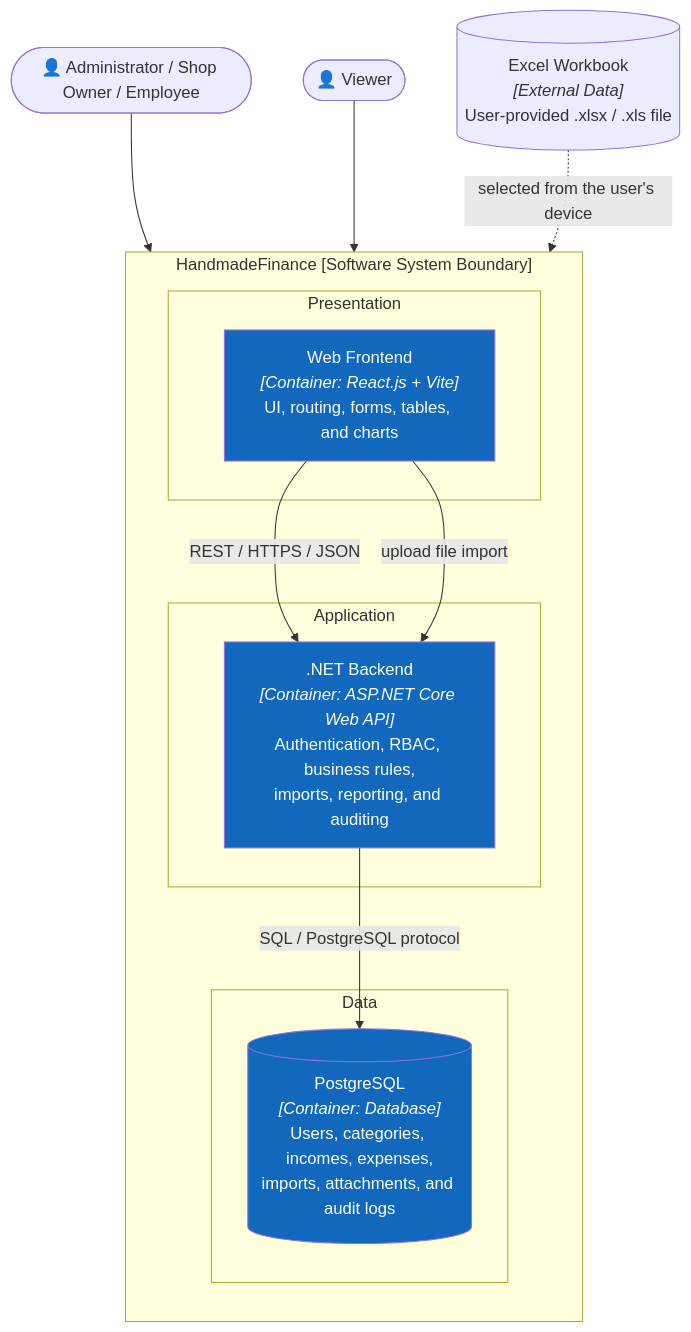
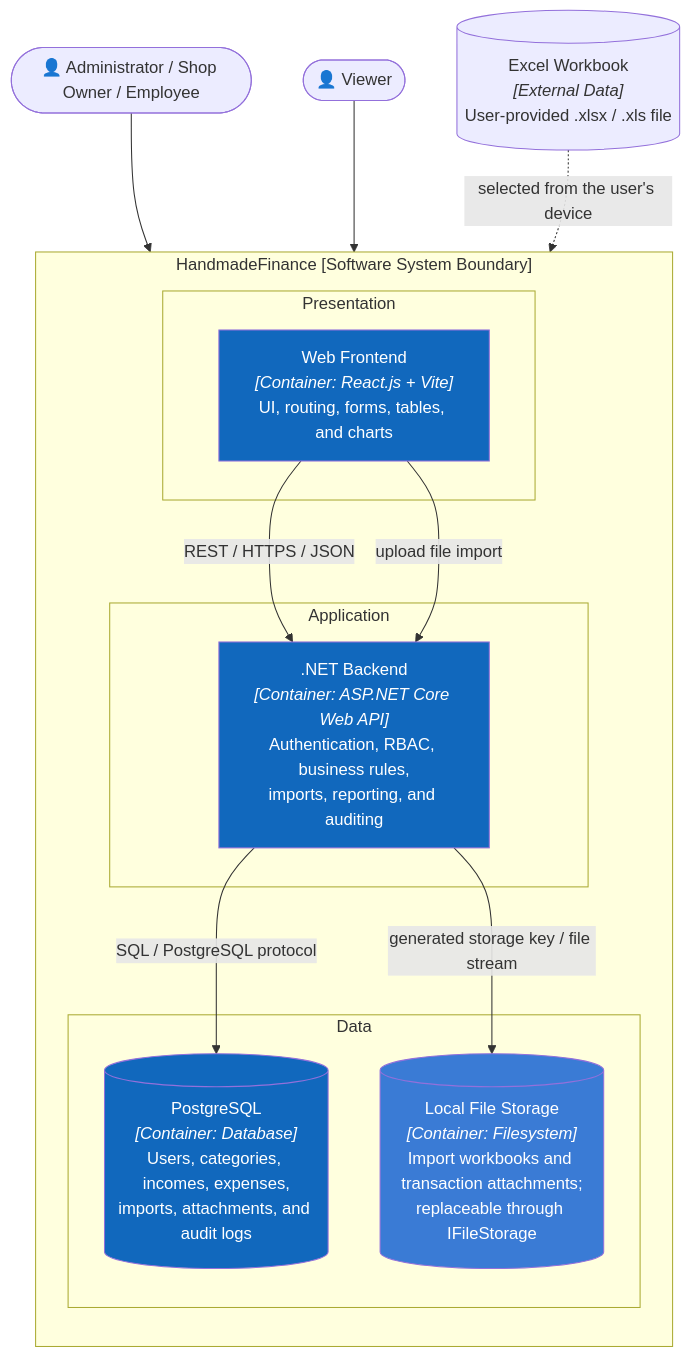
One commit to PhamHiep948/finance-manager changed the first of 2 diagrams in docs/architecture/c4/02-container.md. Above: the diagram before and after it, drawn with Mermaid. The commit also changed other lines of this file and 22 other files, not shown here.

````diff
--- a/docs/architecture/c4/02-container.md
+++ b/docs/architecture/c4/02-container.md
@@ -5,31 +5,34 @@
 ```mermaid
 flowchart TB
     operator(["👤 Administrator / Shop Owner / Employee"])
     reader(["👤 Viewer"])
 
     subgraph platform["HandmadeFinance [Software System Boundary]"]
         direction TB
         subgraph presentation["Presentation"]
             web["Web Frontend<br/><i>[Container: React.js + Vite]</i><br/>UI, routing, forms, tables, and charts"]
         end
         subgraph application["Application"]
             backend[".NET Backend<br/><i>[Container: ASP.NET Core Web API]</i><br/>Authentication, RBAC, business rules,<br/>imports, reporting, and auditing"]
         end
         subgraph data["Data"]
             database[("PostgreSQL<br/><i>[Container: Database]</i><br/>Users, categories, incomes, expenses,<br/>imports, attachments, and audit logs")]
+            files[("Local File Storage<br/><i>[Container: Filesystem]</i><br/>Import workbooks and transaction attachments;<br/>replaceable through IFileStorage")]
         end
     end
 
     workbook[("Excel Workbook<br/><i>[External Data]</i><br/>User-provided .xlsx / .xls file")]
 
     operator --> web
     reader --> web
     web -- "REST / HTTPS / JSON" --> backend
     web -- "upload file import" --> backend
     workbook -.->|"selected from the user's device"| web
     backend -- "SQL / PostgreSQL protocol" --> database
+    backend -- "generated storage key / file stream" --> files
 
     style web fill:#1168bd,color:#fff
     style backend fill:#1168bd,color:#fff
     style database fill:#1168bd,color:#fff
+    style files fill:#3a7bd5,color:#fff
 ```
````
